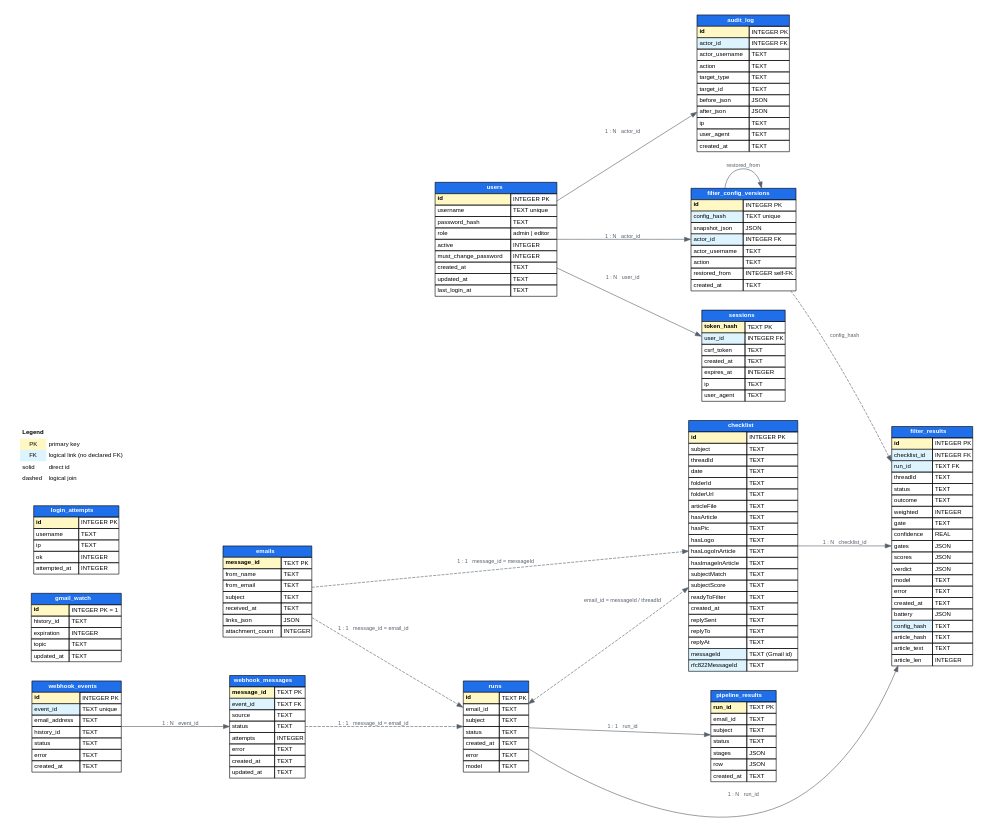
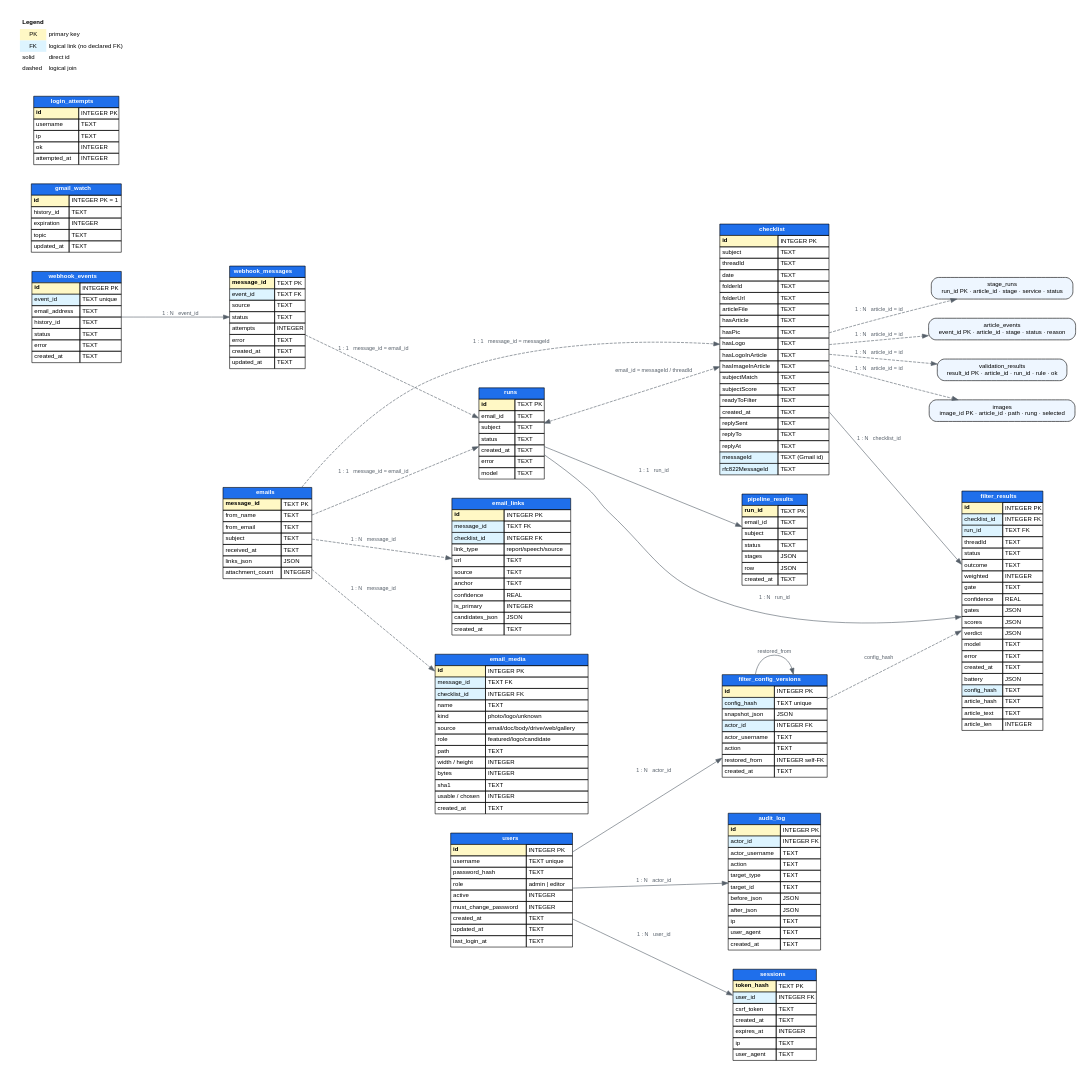
The diagram in docs/workflow/database-schema.dot (hisham733/msme-service), drawn with Graphviz before and after one commit. The commit also changed 54 other files, not shown here.

First line of the commit message:
partner handoff: P0-1 article-keyed schema, backfill, P0-2 git policy, COLLABORATION

```diff
--- a/docs/workflow/database-schema.dot
+++ b/docs/workflow/database-schema.dot
@@ -71,6 +71,50 @@
       <tr><td align="left">attachment_count</td><td align="left">INTEGER</td></tr>
     </table>
   >];
+
+  // ------------------------------------------------------------ email_links
+  email_links [label=<
+    <table border="0" cellborder="1" cellspacing="0" cellpadding="3">
+      <tr><td bgcolor="#1f6feb" colspan="2"><font color="white"><b>email_links</b></font></td></tr>
+      <tr><td align="left" bgcolor="#fff8c5"><b>id</b></td><td align="left">INTEGER PK</td></tr>
+      <tr><td align="left" bgcolor="#ddf4ff">message_id</td><td align="left">TEXT FK</td></tr>
+      <tr><td align="left" bgcolor="#ddf4ff">checklist_id</td><td align="left">INTEGER FK</td></tr>
+      <tr><td align="left">link_type</td><td align="left">report/speech/source</td></tr>
+      <tr><td align="left">url</td><td align="left">TEXT</td></tr>
+      <tr><td align="left">source</td><td align="left">TEXT</td></tr>
+      <tr><td align="left">anchor</td><td align="left">TEXT</td></tr>
+      <tr><td align="left">confidence</td><td align="left">REAL</td></tr>
+      <tr><td align="left">is_primary</td><td align="left">INTEGER</td></tr>
+      <tr><td align="left">candidates_json</td><td align="left">JSON</td></tr>
+      <tr><td align="left">created_at</td><td align="left">TEXT</td></tr>
+    </table>
+  >];
+
+  // ------------------------------------------------------------ email_media
+  email_media [label=<
+    <table border="0" cellborder="1" cellspacing="0" cellpadding="3">
+      <tr><td bgcolor="#1f6feb" colspan="2"><font color="white"><b>email_media</b></font></td></tr>
+      <tr><td align="left" bgcolor="#fff8c5"><b>id</b></td><td align="left">INTEGER PK</td></tr>
+      <tr><td align="left" bgcolor="#ddf4ff">message_id</td><td align="left">TEXT FK</td></tr>
+      <tr><td align="left" bgcolor="#ddf4ff">checklist_id</td><td align="left">INTEGER FK</td></tr>
+      <tr><td align="left">name</td><td align="left">TEXT</td></tr>
+      <tr><td align="left">kind</td><td align="left">photo/logo/unknown</td></tr>
+      <tr><td align="left">source</td><td align="left">email/doc/body/drive/web/gallery</td></tr>
+      <tr><td align="left">role</td><td align="left">featured/logo/candidate</td></tr>
+      <tr><td align="left">path</td><td align="left">TEXT</td></tr>
+      <tr><td align="left">width / height</td><td align="left">INTEGER</td></tr>
+      <tr><td align="left">bytes</td><td align="left">INTEGER</td></tr>
+      <tr><td align="left">sha1</td><td align="left">TEXT</td></tr>
+      <tr><td align="left">usable / chosen</td><td align="left">INTEGER</td></tr>
+      <tr><td align="left">created_at</td><td align="left">TEXT</td></tr>
+    </table>
+  >];
+
+  // ------------------------------------------------ P0-1 (article-keyed)
+  stage_runs [shape=box, style="rounded,filled", fillcolor="#eef6ff", label="stage_runs\nrun_id PK · article_id · stage · service · status"];
+  article_events [shape=box, style="rounded,filled", fillcolor="#eef6ff", label="article_events\nevent_id PK · article_id · stage · status · reason"];
+  validation_results [shape=box, style="rounded,filled", fillcolor="#eef6ff", label="validation_results\nresult_id PK · article_id · run_id · rule · ok"];
+  images [shape=box, style="rounded,filled", fillcolor="#eef6ff", label="images\nimage_id PK · article_id · path · rung · selected"];
 
   // ----------------------------------------------------- pipeline_results
   pipeline_results [label=<
@@ -230,10 +274,16 @@
   >];
 
   // ------------------------------------------------------------ relations
+  checklist -> stage_runs [label="1 : N   article_id = id", style=dashed];
+  checklist -> article_events [label="1 : N   article_id = id", style=dashed];
+  checklist -> validation_results [label="1 : N   article_id = id", style=dashed];
+  checklist -> images [label="1 : N   article_id = id", style=dashed];
   runs -> pipeline_results [label="1 : 1   run_id"];
   runs -> filter_results [label="1 : N   run_id"];
   checklist -> filter_results [label="1 : N   checklist_id"];
   emails -> checklist [label="1 : 1   message_id = messageId", style=dashed];
+  emails -> email_links [label="1 : N   message_id", style=dashed];
+  emails -> email_media [label="1 : N   message_id", style=dashed];
   emails -> runs [label="1 : 1   message_id = email_id", style=dashed];
   webhook_events -> webhook_messages [label="1 : N   event_id"];
   webhook_messages -> runs [label="1 : 1   message_id = email_id", style=dashed];
```
